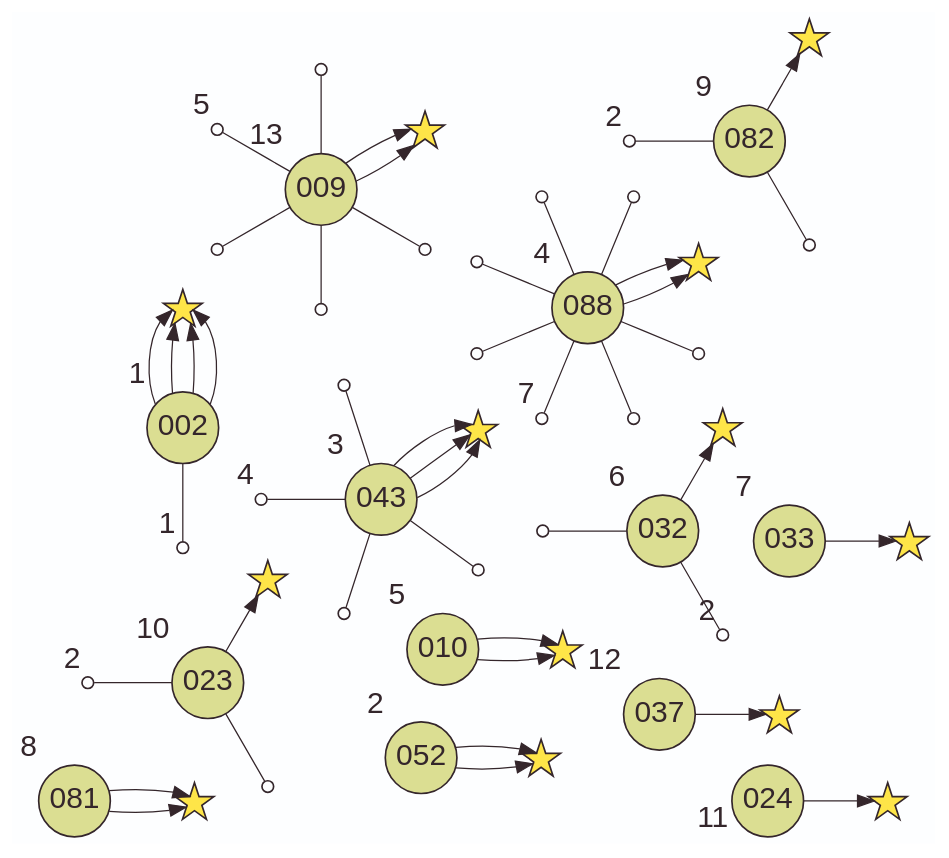
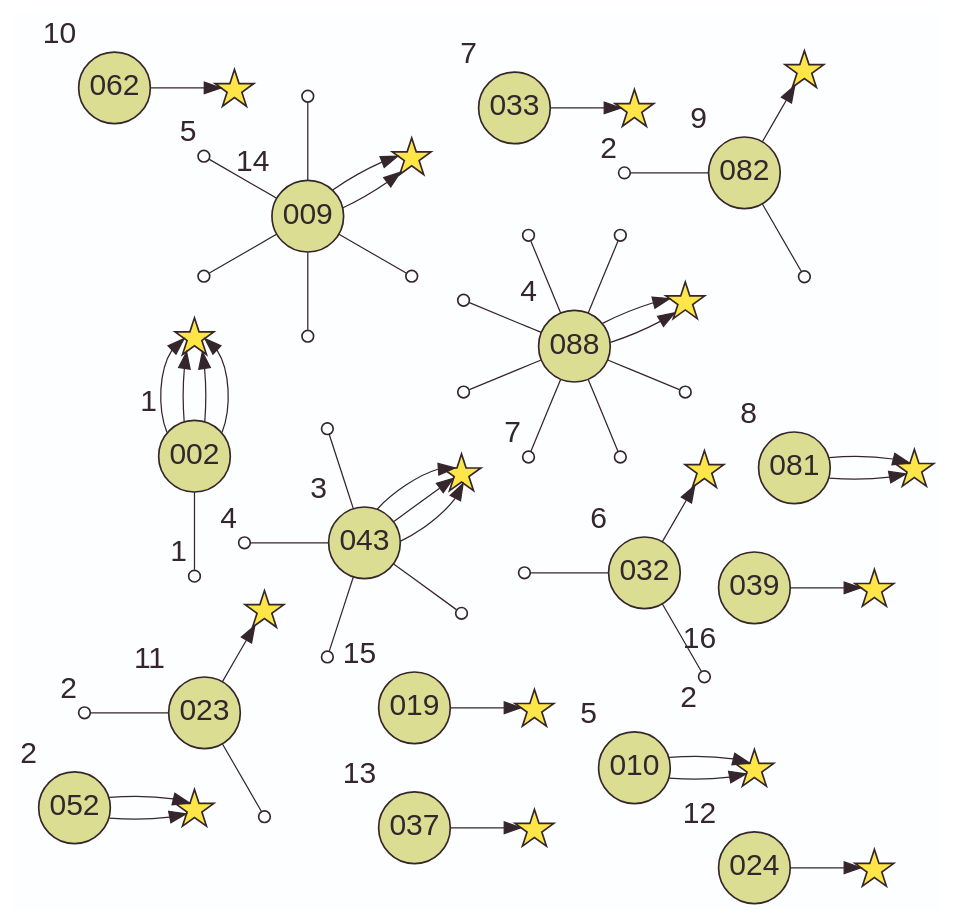
One commit to laowantong/sqlab_ints changed the diagram in output/activity_map.gv. Above: the diagram before and after it, drawn with Graphviz. The commit also changed 12 other files, not shown here.

```diff
--- a/output/activity_map.gv
+++ b/output/activity_map.gv
@@ -1,132 +1,141 @@
 digraph G {
     layout=twopi
     bgcolor="#FDFEFF"
     edge [color="#34262B" penwidth=0.75]
     node [
         shape=star
         fixedsize=true
         width=0.3
         height=0.3
         fillcolor="#FEE548"
         color="#34262B"
         fontcolor="#34262B"
         fontsize=18
         penwidth=1
         style=filled
         label=""
     ]
     103209978926087
     103209978926087
     103209978926087
     1230160502988882
     125856070581408
     125856070581408
     125856070581408
     125856070581408
+    142617064293148
     155147806452639
     155147806452639
     156364735562291
     183542481619562
+    227239899382463
     240070160009025
     240070160009025
     248960157567190
     253352561534995
     253352561534995
     253600606633879
     253600606633879
     298774613720463
     360051049043076
     360051049043076
     5591408610389
+    92857264956831
     node [width=1.2 height=1.2 fontname=Helvetica label="\N"]
     
     node [ width=0.6 height=0.6 shape=circle fillcolor="#FFC19C"]
     
     node [fillcolor="#DBDE92"]
     002 [xlabel=1]
-    009 [xlabel=13]
+    009 [xlabel=14]
     010 [xlabel=5]
-    023 [xlabel=10]
-    024 [xlabel=11]
+    019 [xlabel=15]
+    023 [xlabel=11]
+    024 [xlabel=12]
     032 [xlabel=6]
     033 [xlabel=7]
-    037 [xlabel=12]
+    037 [xlabel=13]
+    039 [xlabel=16]
     043 [xlabel=3]
     052 [xlabel=2]
+    062 [xlabel=10]
     081 [xlabel=8]
     082 [xlabel=9]
     088 [xlabel=4]
     
     002 -> 125856070581408
     002 -> 125856070581408
     002 -> 125856070581408
     002 -> 125856070581408
     009 -> 253600606633879
     009 -> 253600606633879
     010 -> 155147806452639
     010 -> 155147806452639
+    019 -> 142617064293148
     023 -> 5591408610389
     024 -> 248960157567190
     032 -> 1230160502988882
     033 -> 298774613720463
     037 -> 183542481619562
+    039 -> 227239899382463
     043 -> 103209978926087
     043 -> 103209978926087
     043 -> 103209978926087
     052 -> 240070160009025
     052 -> 240070160009025
+    062 -> 92857264956831
     081 -> 253352561534995
     081 -> 253352561534995
     082 -> 156364735562291
     088 -> 360051049043076
     088 -> 360051049043076
     
     node [width=0.1 height=0.1 label="" fillcolor=none]
     103209978926115
     1230160502988894
     1230160502992190 [xlabel=2]
     14110344140782 [xlabel=2]
     156189361184507 [xlabel=2]
     156596690231090
     253109520226675
     253352804744747 [xlabel=5]
     253843891117135
     253974688626775
     254220120595727
     359590657654446
     359642314904307
     359749191076977
     359813838431707
     359943398969027 [xlabel=7]
     360186567754554
     360247014033845
     455354753305299 [xlabel=1]
     62621691563930
     76118056186574 [xlabel=4]
     81063761713588
     96800835160244
     edge [arrowhead=none]
     002 -> 455354753305299
     009 -> 253109520226675
     009 -> 253352804744747
     009 -> 253843891117135
     009 -> 253974688626775
     009 -> 254220120595727
     023 -> 14110344140782
     023 -> 62621691563930
     032 -> 1230160502988894
     032 -> 1230160502992190
     043 -> 103209978926115
     043 -> 76118056186574
     043 -> 81063761713588
     043 -> 96800835160244
     082 -> 156189361184507
     082 -> 156596690231090
     088 -> 359590657654446
     088 -> 359642314904307
     088 -> 359749191076977
     088 -> 359813838431707
     088 -> 359943398969027
     088 -> 360186567754554
     088 -> 360247014033845
 }
```
